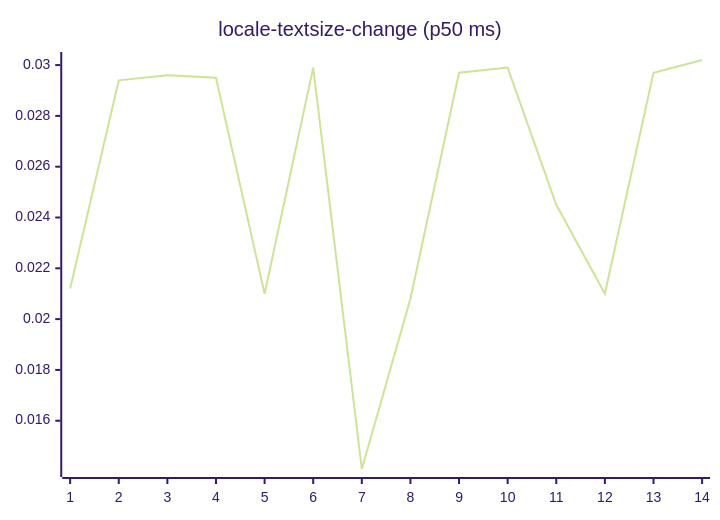
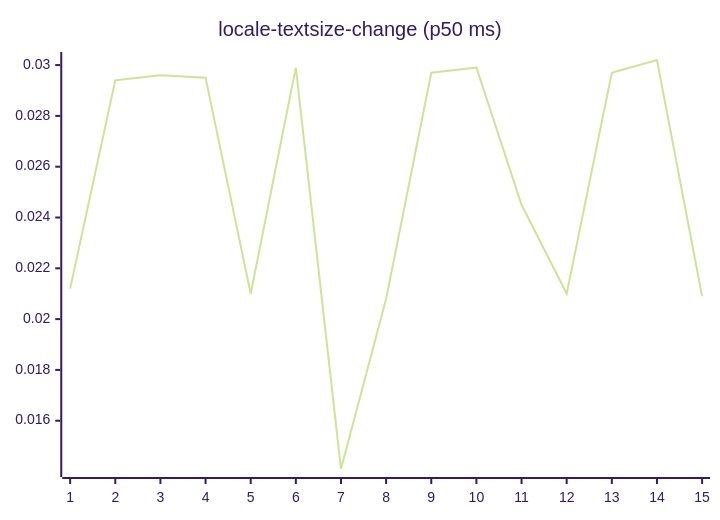
Diagram 13 of 27 in README.md (josha/Facet), drawn with Mermaid (forest theme) before and after one commit. The commit also changed other lines of this file and 2 other files, not shown here.

````diff
--- a/README.md
+++ b/README.md
@@ -147,6 +147,6 @@
 ```mermaid
 xychart-beta
     title "locale-textsize-change (p50 ms)"
-    x-axis 1 --> 14
-    line [0.0212, 0.0294, 0.0296, 0.0295, 0.0210, 0.0299, 0.0141, 0.0208, 0.0297, 0.0299, 0.0245, 0.0210, 0.0297, 0.0302]
+    x-axis 1 --> 15
+    line [0.0212, 0.0294, 0.0296, 0.0295, 0.0210, 0.0299, 0.0141, 0.0208, 0.0297, 0.0299, 0.0245, 0.0210, 0.0297, 0.0302, 0.0209]
 ```
````
